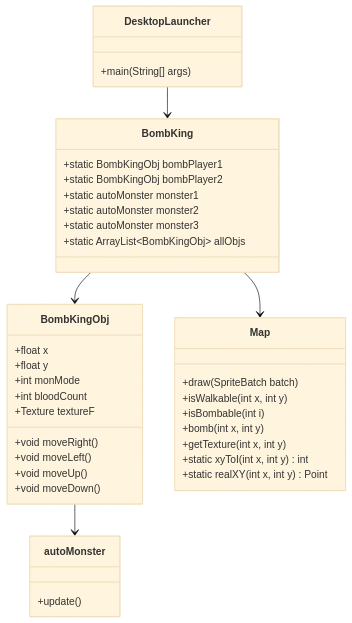
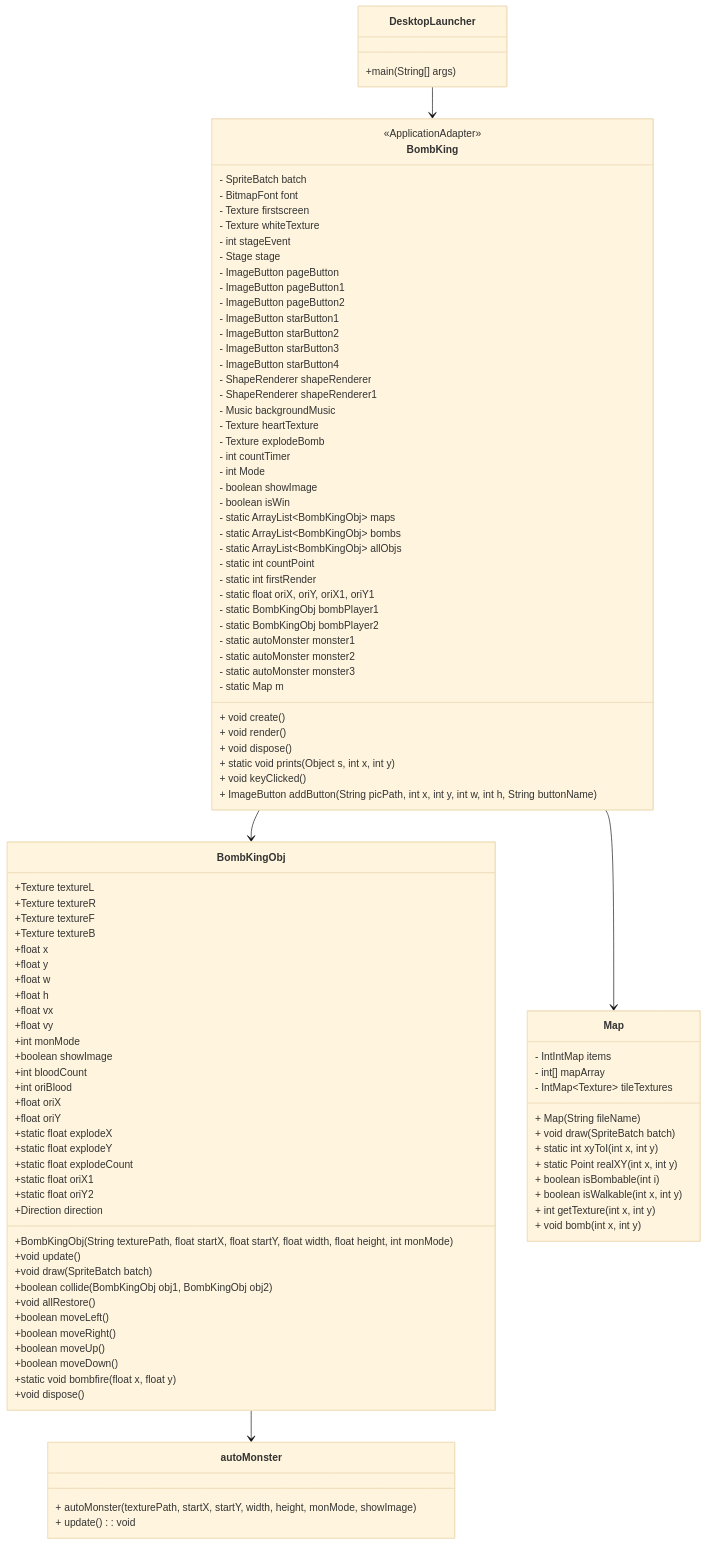
One commit to Wang11007104/javagame changed the first of 3 diagrams in README.md. Above: the diagram before and after it, drawn with Mermaid (base theme).

````diff
--- a/README.md
+++ b/README.md
@@ -176,44 +176,106 @@
     }
 
     class BombKing {
-	    +static BombKingObj bombPlayer1
-	    +static BombKingObj bombPlayer2
-	    +static autoMonster monster1
-	    +static autoMonster monster2
-	    +static autoMonster monster3
-	    +static ArrayList~BombKingObj~ allObjs
-    }
+    <<ApplicationAdapter>>
+    - SpriteBatch batch
+    - BitmapFont font
+    - Texture firstscreen
+    - Texture whiteTexture
+    - int stageEvent
+    - Stage stage
+    - ImageButton pageButton
+    - ImageButton pageButton1
+    - ImageButton pageButton2
+    - ImageButton starButton1
+    - ImageButton starButton2
+    - ImageButton starButton3
+    - ImageButton starButton4
+    - ShapeRenderer shapeRenderer
+    - ShapeRenderer shapeRenderer1
+    - Music backgroundMusic
+    - Texture heartTexture
+    - Texture explodeBomb
+    - int countTimer
+    - int Mode
+    - boolean showImage
+    - boolean isWin
+    - static ArrayList~BombKingObj~ maps
+    - static ArrayList~BombKingObj~ bombs
+    - static ArrayList~BombKingObj~ allObjs
+    - static int countPoint
+    - static int firstRender
+    - static float oriX, oriY, oriX1, oriY1
+    - static BombKingObj bombPlayer1
+    - static BombKingObj bombPlayer2
+    - static autoMonster monster1
+    - static autoMonster monster2
+    - static autoMonster monster3
+    - static Map m
+    + void create()
+    + void render()
+    + void dispose()
+    + static void prints(Object s, int x, int y)
+    + void keyClicked()
+    + ImageButton addButton(String picPath, int x, int y, int w, int h, String buttonName)
+}
 
-    class BombKingObj {
-	    +float x
-	    +float y
-	    +int monMode
-	    +int bloodCount
-	    +Texture textureF
-	    +void moveRight()
-	    +void moveLeft()
-	    +void moveUp()
-	    +void moveDown()
+   class BombKingObj {
+        +Texture textureL
+        +Texture textureR
+        +Texture textureF
+        +Texture textureB
+        +float x
+        +float y
+        +float w
+        +float h
+        +float vx
+        +float vy
+        +int monMode
+        +boolean showImage
+        +int bloodCount
+        +int oriBlood
+        +float oriX
+        +float oriY
+        +static float explodeX
+        +static float explodeY
+        +static float explodeCount
+        +static float oriX1
+        +static float oriY2
+        +Direction direction
+        +BombKingObj(String texturePath, float startX, float startY, float width, float height, int monMode)
+        +void update()
+        +void draw(SpriteBatch batch)
+        +boolean collide(BombKingObj obj1, BombKingObj obj2)
+        +void allRestore()
+        +boolean moveLeft()
+        +boolean moveRight()
+        +boolean moveUp()
+        +boolean moveDown()
+        +static void bombfire(float x, float y)
+        +void dispose()
     }
 
     class autoMonster {
-	    +update()
+        + autoMonster(texturePath, startX, startY, width, height, monMode, showImage)
+        + update() : void
     }
 
     class Map {
-	    +draw(SpriteBatch batch)
-	    +isWalkable(int x, int y)
-	    +isBombable(int i)
-	    +bomb(int x, int y)
-	    +getTexture(int x, int y)
-	    +static xyToI(int x, int y) int
-	    +static realXY(int x, int y) Point
+        - IntIntMap items
+        - int[] mapArray
+        - IntMap~Texture~ tileTextures
+        + Map(String fileName)
+        + void draw(SpriteBatch batch)
+        + static int xyToI(int x, int y)
+        + static Point realXY(int x, int y)
+        + boolean isBombable(int i)
+        + boolean isWalkable(int x, int y)
+        + int getTexture(int x, int y)
+        + void bomb(int x, int y)
     }
 
     DesktopLauncher-->BombKing
     BombKing --> BombKingObj
     BombKingObj --> autoMonster
     BombKing --> Map
-
-
 ```
````
